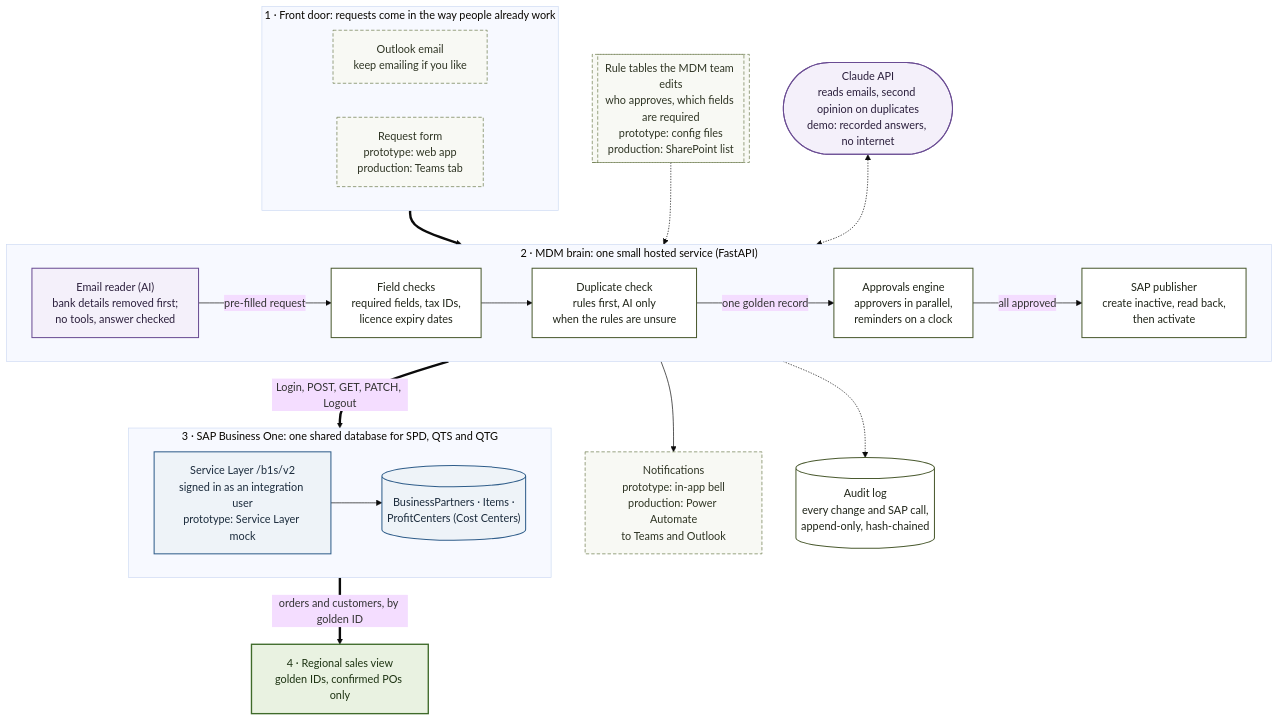
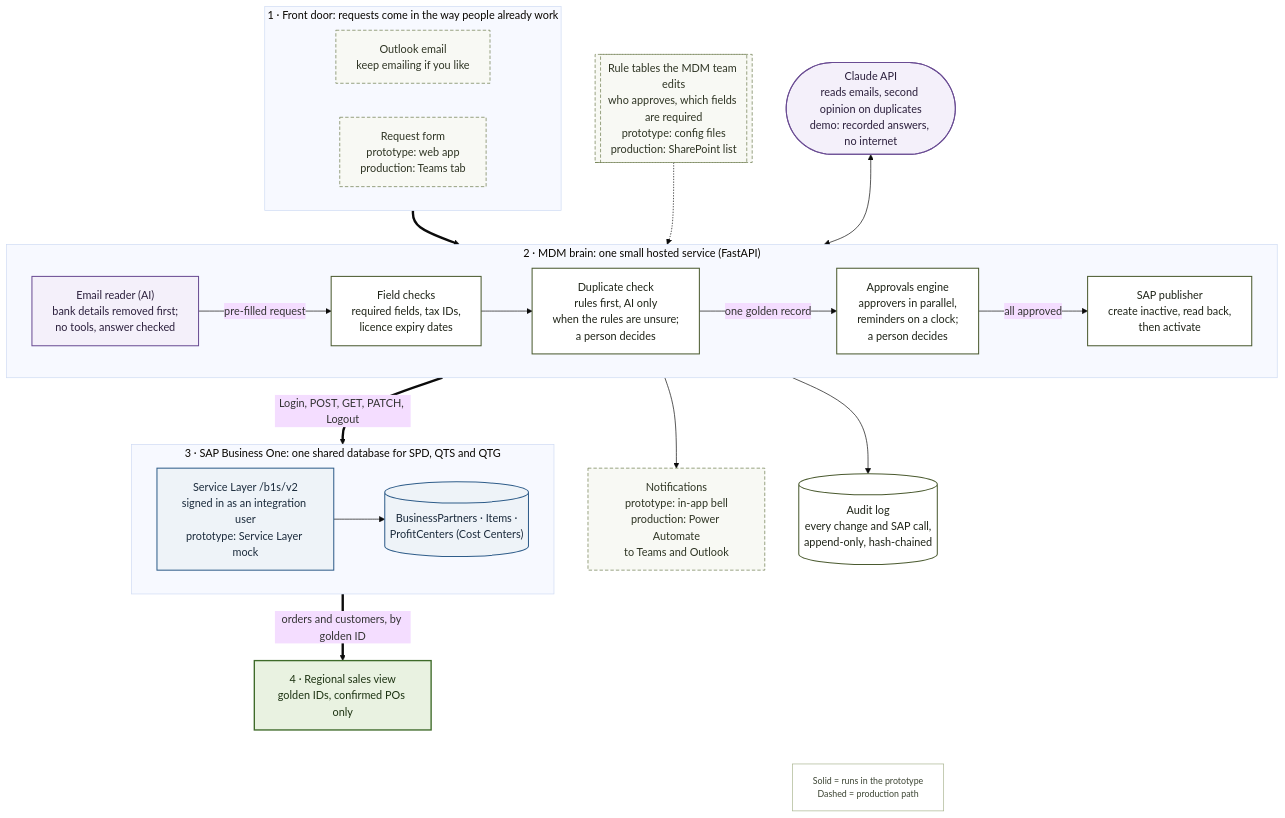
The diagram in docs/img/architecture.mmd (ihsankoolz/data-competition-2026), drawn with Mermaid (base theme) before and after one commit. The commit also changed 5 other files, not shown here.

Commit message:
docs: architecture legend, solid audit/AI arrows, 'a person decides'; sequence labels clear of lifelines; PNGs at scale 2

```diff
--- a/docs/img/architecture.mmd
+++ b/docs/img/architecture.mmd
@@ -1,49 +1,55 @@
 flowchart TB
     subgraph DOOR["1 · Front door: requests come in the way people already work"]
         direction LR
         EMAIL["Outlook email<br/>keep emailing if you like"]
         FORM["Request form<br/>prototype: web app<br/>production: Teams tab"]
     end
 
     RULES[["Rule tables the MDM team edits<br/>who approves, which fields are required<br/>prototype: config files<br/>production: SharePoint list"]]
     LLM(["Claude API<br/>reads emails, second opinion on duplicates<br/>demo: recorded answers, no internet"])
 
     subgraph BRAIN["2 · MDM brain: one small hosted service (FastAPI)"]
         direction LR
         INT["Email reader (AI)<br/>bank details removed first;<br/>no tools, answer checked"]
         CHECK["Field checks<br/>required fields, tax IDs,<br/>licence expiry dates"]
-        DUP["Duplicate check<br/>rules first, AI only<br/>when the rules are unsure"]
-        WF["Approvals engine<br/>approvers in parallel,<br/>reminders on a clock"]
+        DUP["Duplicate check<br/>rules first, AI only<br/>when the rules are unsure;<br/>a person decides"]
+        WF["Approvals engine<br/>approvers in parallel,<br/>reminders on a clock;<br/>a person decides"]
         PUB["SAP publisher<br/>create inactive, read back,<br/>then activate"]
         INT -->|pre-filled request| CHECK --> DUP -->|one golden record| WF -->|all approved| PUB
     end
 
     subgraph B1["3 · SAP Business One: one shared database for SPD, QTS and QTG"]
         direction LR
         SL["Service Layer /b1s/v2<br/>signed in as an integration user<br/>prototype: Service Layer mock"]
         DB[("BusinessPartners · Items ·<br/>ProfitCenters (Cost Centers)")]
         SL --> DB
     end
 
     NOTE["Notifications<br/>prototype: in-app bell<br/>production: Power Automate<br/>to Teams and Outlook"]
     AUD[("Audit log<br/>every change and SAP call,<br/>append-only, hash-chained")]
     RV["4 · Regional sales view<br/>golden IDs, confirmed POs only"]
 
     DOOR ==> BRAIN
     RULES -.-> BRAIN
-    LLM <-.-> BRAIN
+    LLM <--> BRAIN
     BRAIN ==>|"Login, POST, GET, PATCH, Logout"| B1
     BRAIN --> NOTE
-    BRAIN -.-> AUD
+    BRAIN --> AUD
     B1 ==>|orders and customers, by golden ID| RV
+    LEGEND["Solid = runs in the prototype<br/>Dashed = production path"]
+    LGAP[ ]
+    AUD ~~~ LGAP ~~~ LEGEND
 
     classDef prod fill:#f8f9f4,stroke:#6b7a4b,stroke-width:1px,stroke-dasharray:5 3,color:#2f3524
     classDef core fill:#ffffff,stroke:#4a5a2f,stroke-width:1.5px,color:#1f2418
     classDef ai fill:#f4f0fa,stroke:#6a4c93,stroke-width:1.5px,color:#2b1f3c
     classDef sap fill:#eef3f8,stroke:#2f5d8a,stroke-width:1.5px,color:#1b2b3c
     classDef out fill:#e9f2e1,stroke:#3f6b2a,stroke-width:2px,color:#1d3312
     class EMAIL,FORM,RULES,NOTE prod
     class CHECK,DUP,WF,PUB,AUD core
     class INT,LLM ai
     class SL,DB sap
     class RV out
+    classDef legend fill:#ffffff,stroke:#a9b48f,stroke-width:1px,color:#3c4433,font-size:13px
+    class LEGEND legend
+    style LGAP fill:none,stroke:none
```
